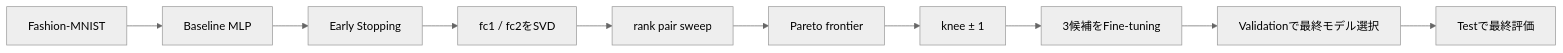
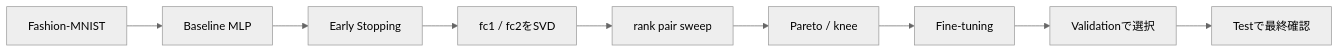
The diagram in docs/20_FashionMNIST/01_Fashion-MNIST実験.md (astrare2480/nn-compression-svd-dmrg), drawn with Mermaid (neutral theme) before and after one commit. The commit also changed other lines of this file, not shown here.

````diff
--- a/docs/20_FashionMNIST/01_Fashion-MNIST実験.md
+++ b/docs/20_FashionMNIST/01_Fashion-MNIST実験.md
@@ -22,12 +26,11 @@
 ```mermaid
 flowchart LR
     D["Fashion-MNIST"] --> B["Baseline MLP"]
     B --> ES["Early Stopping"]
     ES --> S["fc1 / fc2をSVD"]
     S --> R["rank pair sweep"]
-    R --> P["Pareto frontier"]
-    P --> K["knee ± 1"]
-    K --> F["3候補をFine-tuning"]
-    F --> V["Validationで最終モデル選択"]
-    V --> T["Testで最終評価"]
+    R --> P["Pareto / knee"]
+    P --> F["Fine-tuning"]
+    F --> V["Validationで選択"]
+    V --> T["Testで最終確認"]
 ```
````
